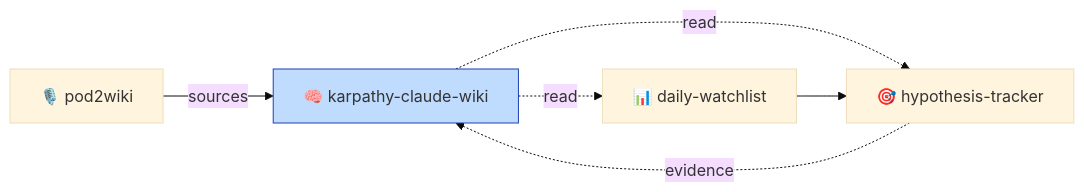
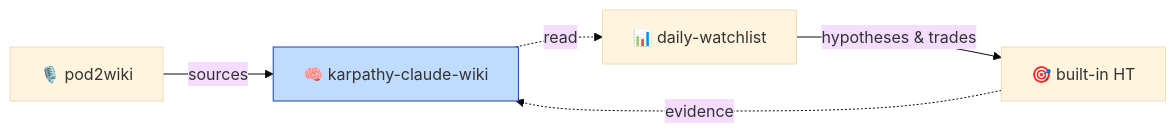
Before and after one commit to Benboerba620/karpathy-claude-wiki: the diagram in README.md, drawn with Mermaid (base theme). The commit also changed other lines of this file, not shown here.

Commit message:
docs: fold hypothesis tracker into daily workflow

````diff
--- a/README.md
+++ b/README.md
@@ -12,9 +12,8 @@
 ```mermaid
 flowchart LR
     P[🎙️ pod2wiki] -->|sources| W[🧠 karpathy-claude-wiki]
     W -.->|read| D[📊 daily-watchlist]
-    W -.->|read| H[🎯 hypothesis-tracker]
-    D --> H
-    H -.->|evidence| W
+    D -->|hypotheses & trades| DHT[🎯 built-in HT]
+    DHT -.->|evidence| W
     style W fill:#bfdbfe,stroke:#1e40af
 ```
````
